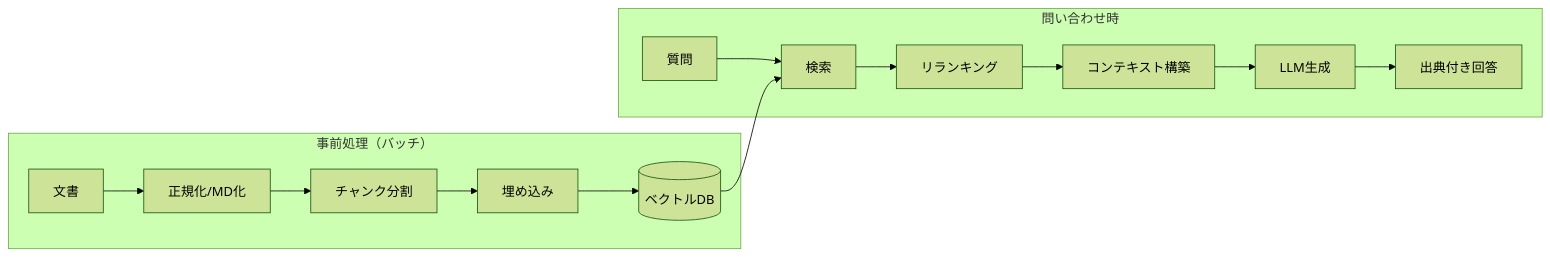
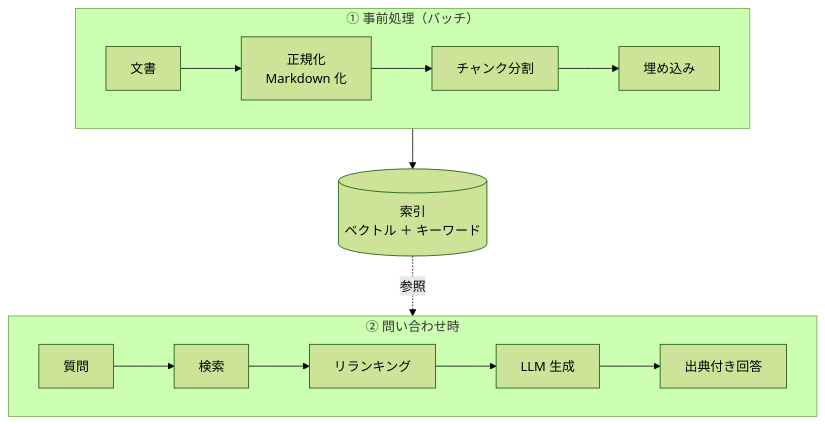
Before and after one commit to mike-sugimoto/ai-tech-notes: the first of 2 diagrams in src/content/docs/rag/index.md, drawn with Mermaid (forest theme). The commit also changed other lines of this file and 5 other files, not shown here.

````diff
--- a/src/content/docs/rag/index.md
+++ b/src/content/docs/rag/index.md
@@ -18,17 +19,14 @@
 ```mermaid
-flowchart LR
-    subgraph Index["事前処理（バッチ）"]
-        DOC[文書] --> NM[正規化/MD化]
-        NM --> CH[チャンク分割]
-        CH --> EMB[埋め込み]
-        EMB --> VDB[(ベクトルDB)]
+flowchart TB
+    subgraph Index["① 事前処理（バッチ）"]
+        direction LR
+        DOC[文書] --> NM[正規化<br/>Markdown 化] --> CH[チャンク分割] --> EMB[埋め込み]
     end
-    subgraph Query["問い合わせ時"]
-        Q[質問] --> RET[検索]
-        VDB --> RET
-        RET --> RR[リランキング]
-        RR --> CTX[コンテキスト構築]
-        CTX --> LLM[LLM生成]
-        LLM --> ANS[出典付き回答]
+    VDB[(索引<br/>ベクトル ＋ キーワード)]
+    subgraph Query["② 問い合わせ時"]
+        direction LR
+        Q[質問] --> RET[検索] --> RR[リランキング] --> LLM[LLM 生成] --> ANS[出典付き回答]
     end
+    Index --> VDB
+    VDB -. 参照 .-> Query
 ```
````
